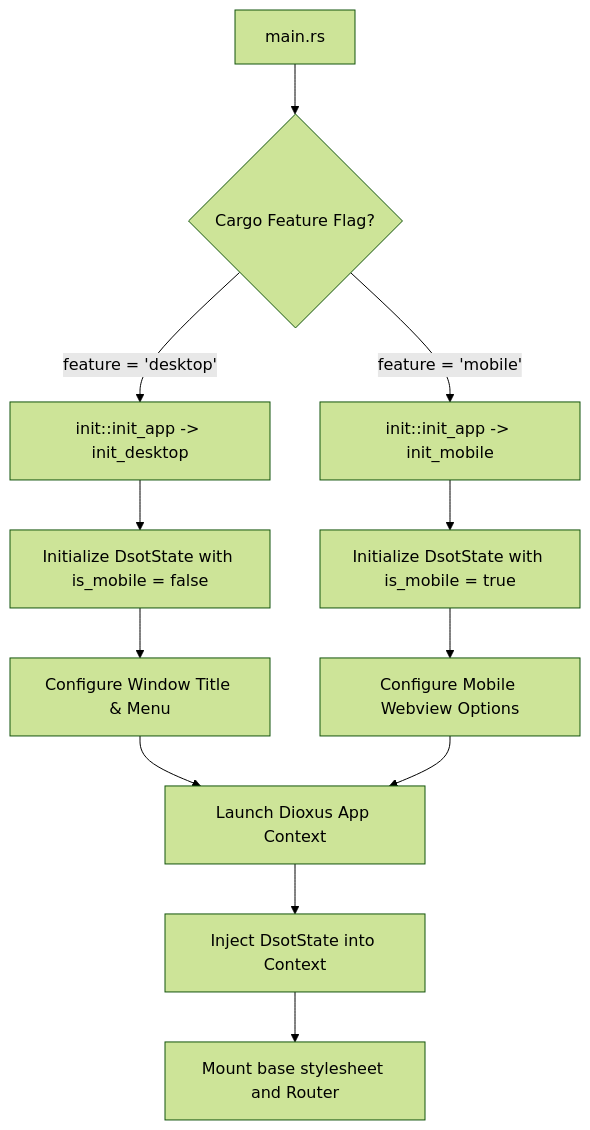
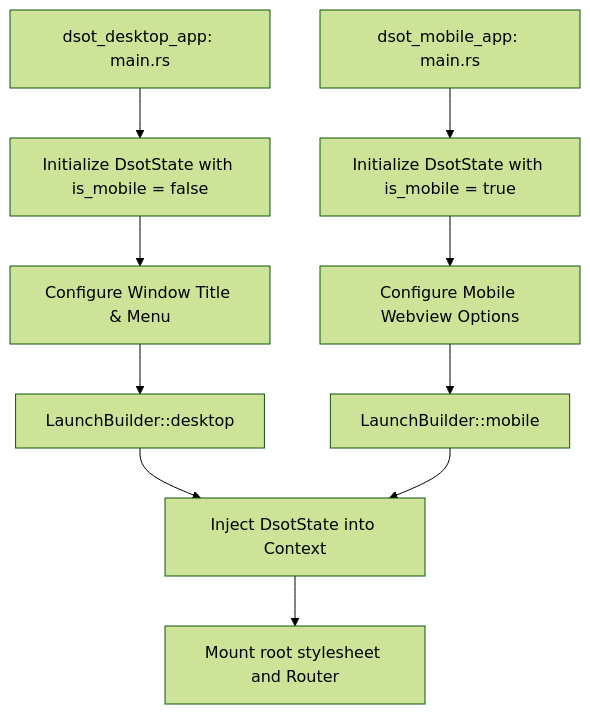
Before and after one commit to Davidblkx/dsot: the diagram in docs/architecture/L3-components/app.md, drawn with Mermaid (forest theme). The commit also changed other lines of this file and 55 other files, not shown here.

````diff
--- a/docs/architecture/L3-components/app.md
+++ b/docs/architecture/L3-components/app.md
@@ -34,18 +45,16 @@
 ```mermaid
 graph TD
-    A[main.rs] --> B{Cargo Feature Flag?}
-    B -->|feature = 'desktop'| C[init::init_app -> init_desktop]
-    B -->|feature = 'mobile'| D[init::init_app -> init_mobile]
+    A1[dsot_desktop_app: main.rs] --> E1[Initialize DsotState with is_mobile = false]
+    A2[dsot_mobile_app: main.rs] --> E2[Initialize DsotState with is_mobile = true]
     
-    C --> E[Initialize DsotState with is_mobile = false]
-    D --> F[Initialize DsotState with is_mobile = true]
+    E1 --> G[Configure Window Title & Menu]
+    E2 --> H[Configure Mobile Webview Options]
     
-    E --> G[Configure Window Title & Menu]
-    F --> H[Configure Mobile Webview Options]
+    G --> I1[LaunchBuilder::desktop]
+    H --> I2[LaunchBuilder::mobile]
     
-    G --> I[Launch Dioxus App Context]
-    H --> I
+    I1 --> J[Inject DsotState into Context]
+    I2 --> J
     
-    I --> J[Inject DsotState into Context]
-    J --> K[Mount base stylesheet and Router]
+    J --> K[Mount root stylesheet and Router]
 ```
````
